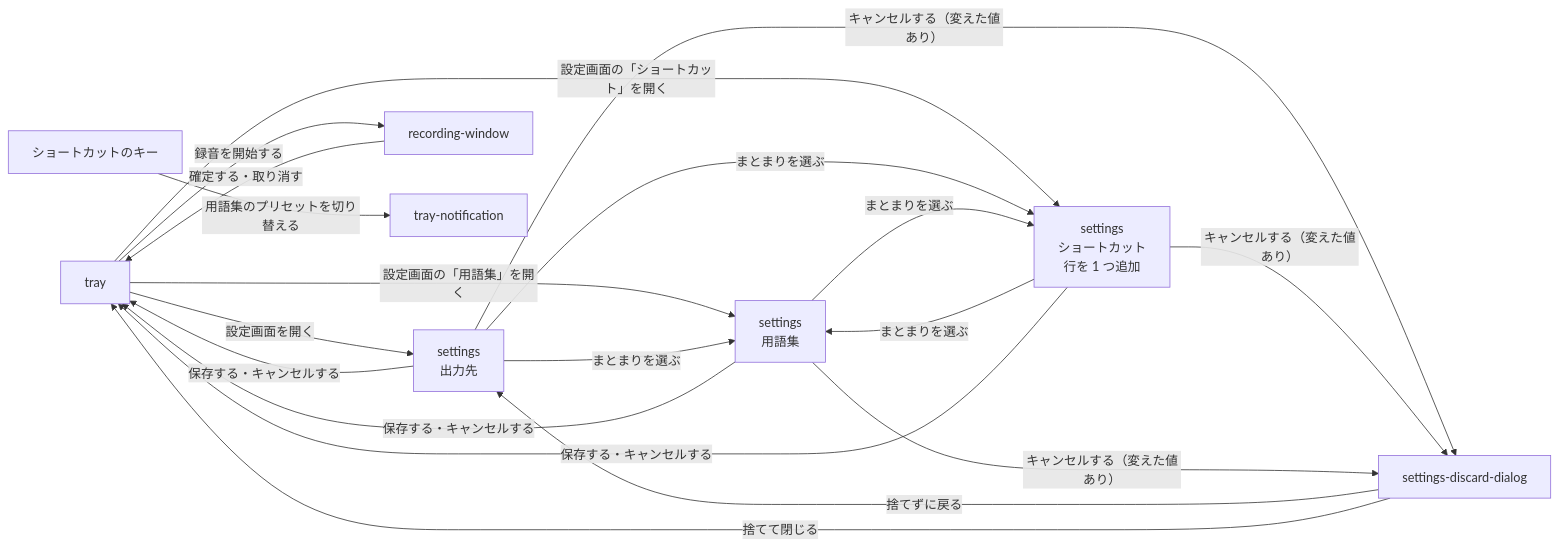
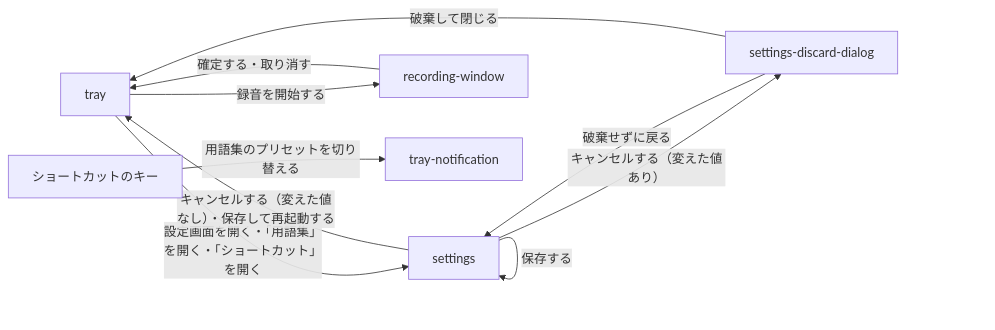
The diagram in docs/pr/291/常駐アプリ.md (shuhei1101/voice-paste), drawn with Mermaid before and after one commit. The commit also changed other lines of this file, not shown here.

Commit message:
docs: PR #291 の画面遷移で保存しても設定画面を閉じない描き方に修正する

````diff
--- a/docs/pr/291/常駐アプリ.md
+++ b/docs/pr/291/常駐アプリ.md
@@ -84,21 +84,12 @@
 ```mermaid
 flowchart LR
-  T[tray] -->|設定画面を開く| S[settings<br>出力先]
-  T -->|設定画面の「用語集」を開く| SG[settings<br>用語集]
-  T -->|設定画面の「ショートカット」を開く| SS[settings<br>ショートカット<br>行を 1 つ追加]
+  T[tray] -->|設定画面を開く・「用語集」を開く・「ショートカット」を開く| S[settings]
   T -->|録音を開始する| R[recording-window]
-  S -->|まとまりを選ぶ| SG
-  S -->|まとまりを選ぶ| SS
-  SG -->|まとまりを選ぶ| SS
-  SS -->|まとまりを選ぶ| SG
+  S -->|保存する| S
   S -->|キャンセルする（変えた値あり）| D[settings-discard-dialog]
-  SS -->|キャンセルする（変えた値あり）| D
-  SG -->|キャンセルする（変えた値あり）| D
-  D -->|捨てずに戻る| S
-  D -->|捨てて閉じる| T
-  S -->|保存する・キャンセルする| T
-  SG -->|保存する・キャンセルする| T
-  SS -->|保存する・キャンセルする| T
+  D -->|破棄せずに戻る| S
+  D -->|破棄して閉じる| T
+  S -->|キャンセルする（変えた値なし）・保存して再起動する| T
   R -->|確定する・取り消す| T
   K[ショートカットのキー] -->|用語集のプリセットを切り替える| N[tray-notification]
 ```
````
